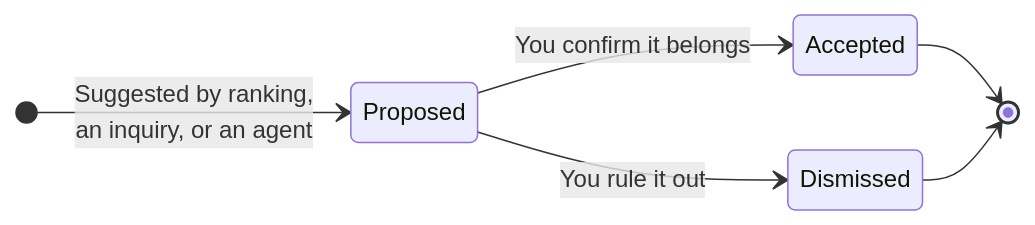
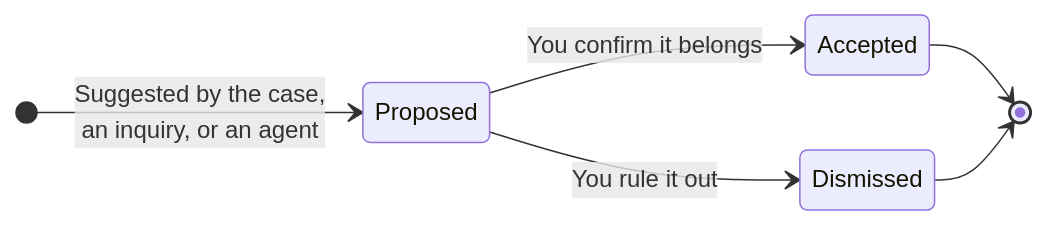
One commit to classifyre/classifyre changed the second of 2 diagrams in apps/docs/app/how-it-works/investigating/page.mdx. Above: the diagram before and after it, drawn with Mermaid. The commit also changed other lines of this file and 61 other files, not shown here.

````diff
--- a/apps/docs/app/how-it-works/investigating/page.mdx
+++ b/apps/docs/app/how-it-works/investigating/page.mdx
@@ -49,9 +53,9 @@
 ```mermaid
 stateDiagram-v2
     direction LR
-    [*] --> Proposed: Suggested by ranking,<br/>an inquiry, or an agent
+    [*] --> Proposed: Suggested by the case,<br/>an inquiry, or an agent
     Proposed --> Accepted: You confirm it belongs
     Proposed --> Dismissed: You rule it out
     Accepted --> [*]
     Dismissed --> [*]
 ```
````
